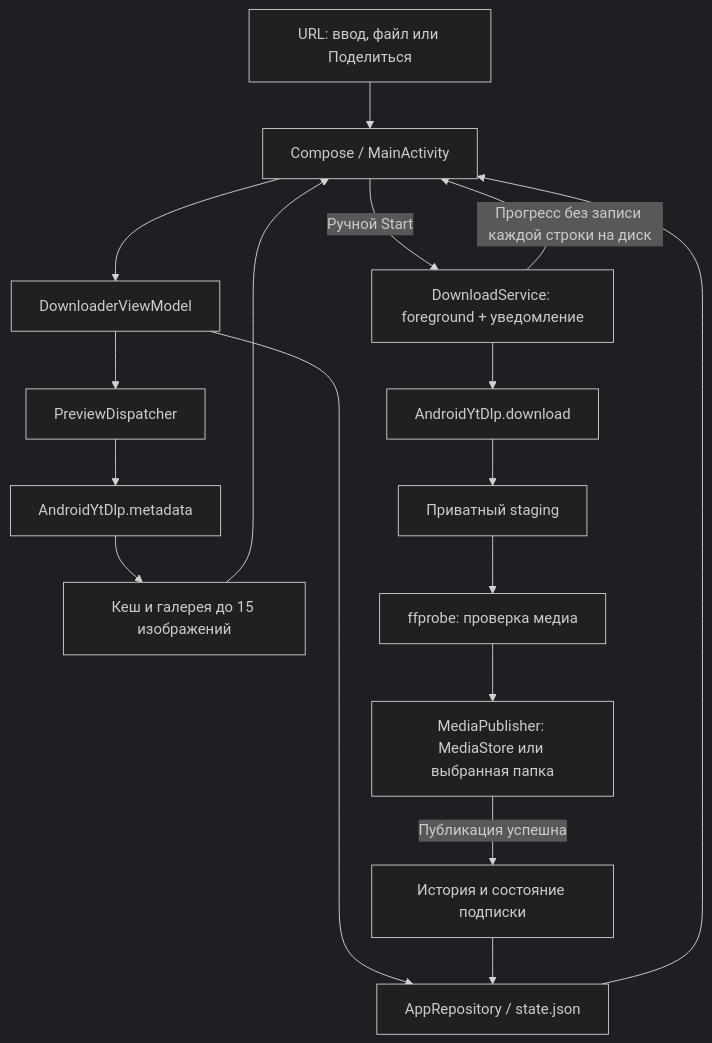
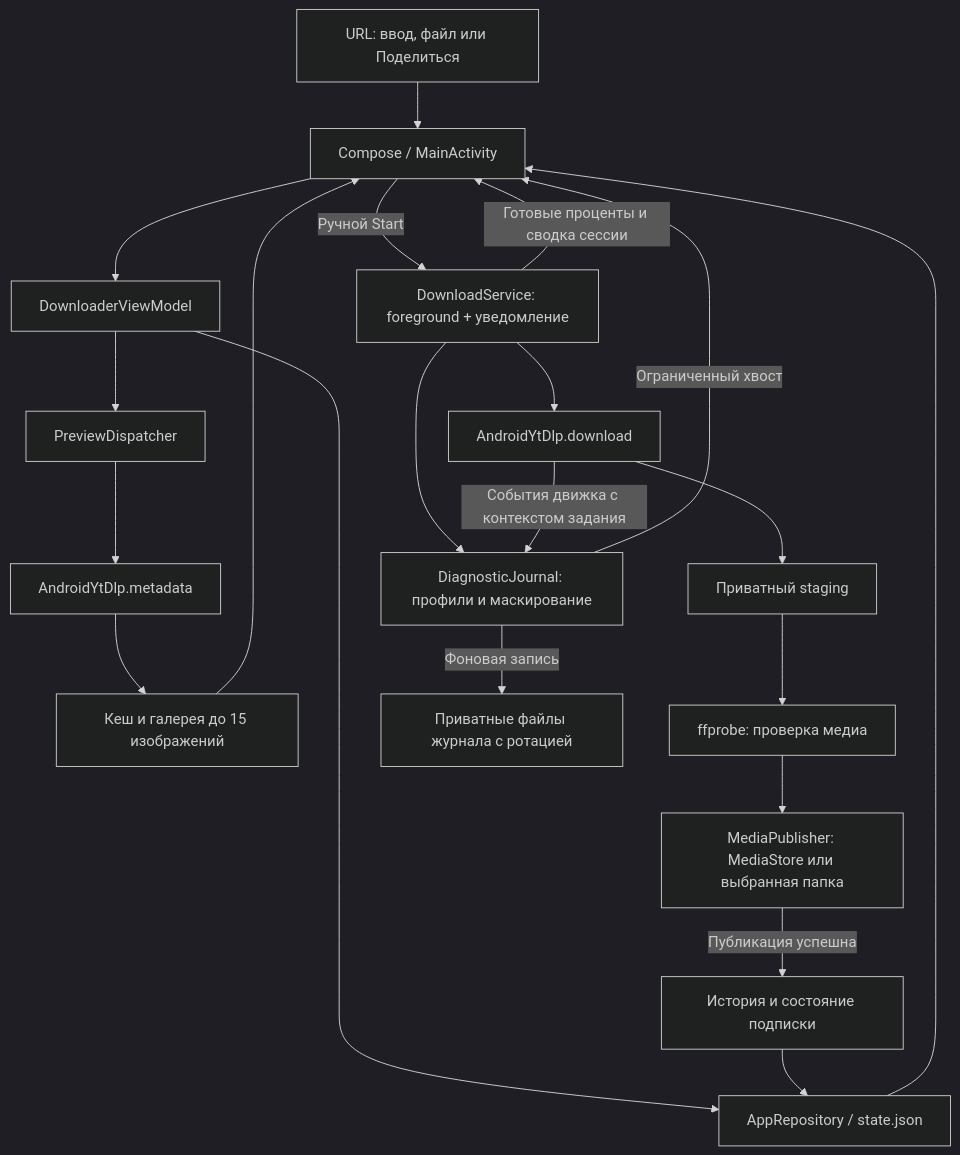
One commit to bespalovnikita/video-downloader changed the first of 2 diagrams in docs/user/android.md. Above: the diagram before and after it, drawn with Mermaid (dark theme). The commit also changed other lines of this file and 33 other files, not shown here.

````diff
--- a/docs/user/android.md
+++ b/docs/user/android.md
@@ -135,19 +160,23 @@
 ```mermaid
 flowchart TD
     U[URL: ввод, файл или Поделиться] --> UI[Compose / MainActivity]
     UI --> VM[DownloaderViewModel]
     VM --> R[AppRepository / state.json]
     VM --> P[PreviewDispatcher]
     P --> M[AndroidYtDlp.metadata]
     M --> G[Кеш и галерея до 15 изображений]
     G --> UI
     R --> UI
     UI -->|Ручной Start| S[DownloadService: foreground + уведомление]
     S --> D[AndroidYtDlp.download]
     D --> T[Приватный staging]
     T --> V[ffprobe: проверка медиа]
     V --> O[MediaPublisher: MediaStore или выбранная папка]
     O -->|Публикация успешна| H[История и состояние подписки]
     H --> R
-    S -->|Прогресс без записи каждой строки на диск| UI
+    S -->|Готовые проценты и сводка сессии| UI
+    S --> J[DiagnosticJournal: профили и маскирование]
+    D -->|События движка с контекстом задания| J
+    J -->|Ограниченный хвост| UI
+    J -->|Фоновая запись| L[Приватные файлы журнала с ротацией]
 ```
````
